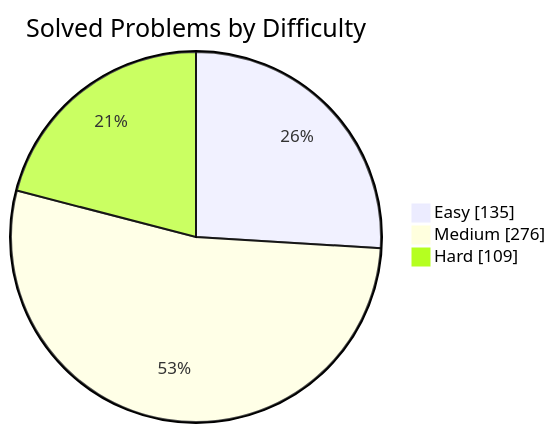
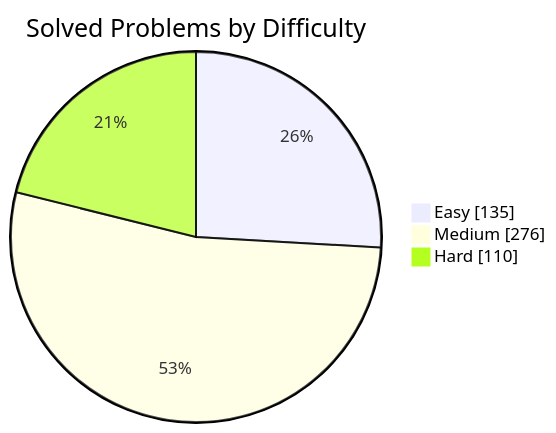
Before and after one commit to manikantbindass/DSA-Preparation-FAANG: the first of 2 diagrams in README.md, drawn with Mermaid. The commit also changed other lines of this file and 1 other file, not shown here.

````diff
--- a/README.md
+++ b/README.md
@@ -79,7 +79,7 @@
 ```mermaid
 pie showData
     title Solved Problems by Difficulty
     "Easy" : 135
     "Medium" : 276
-    "Hard" : 109
+    "Hard" : 110
 ```
````
